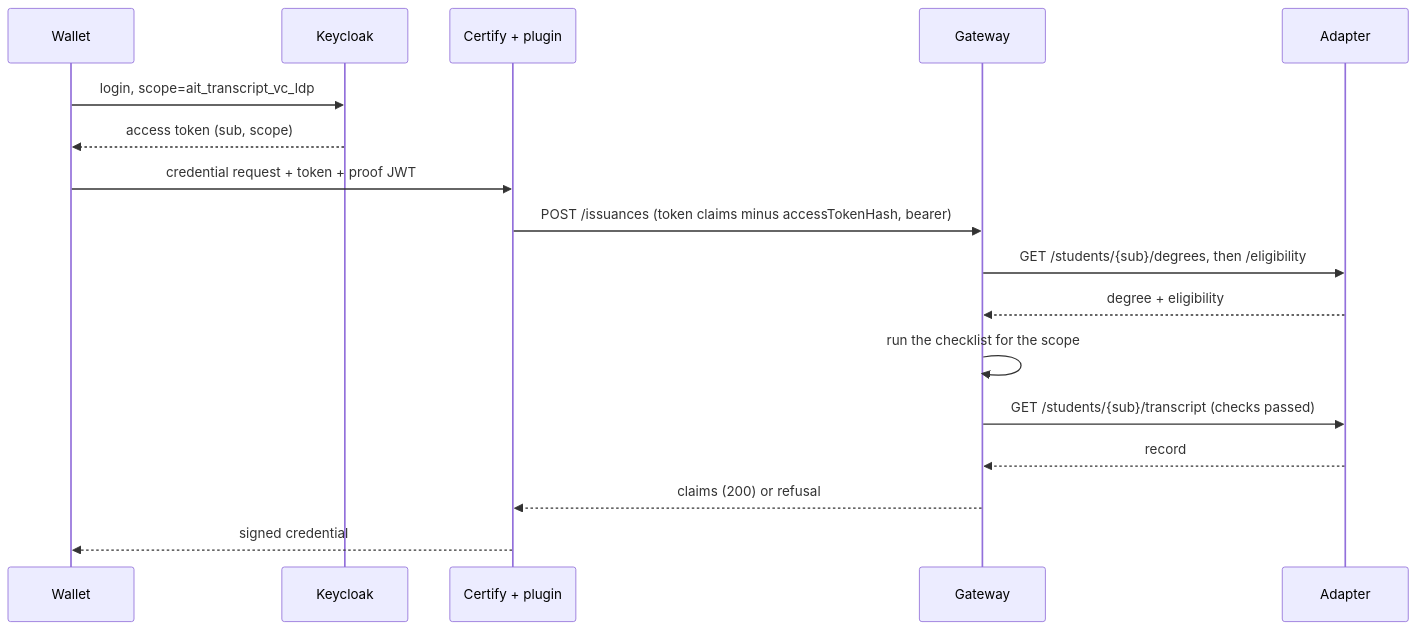
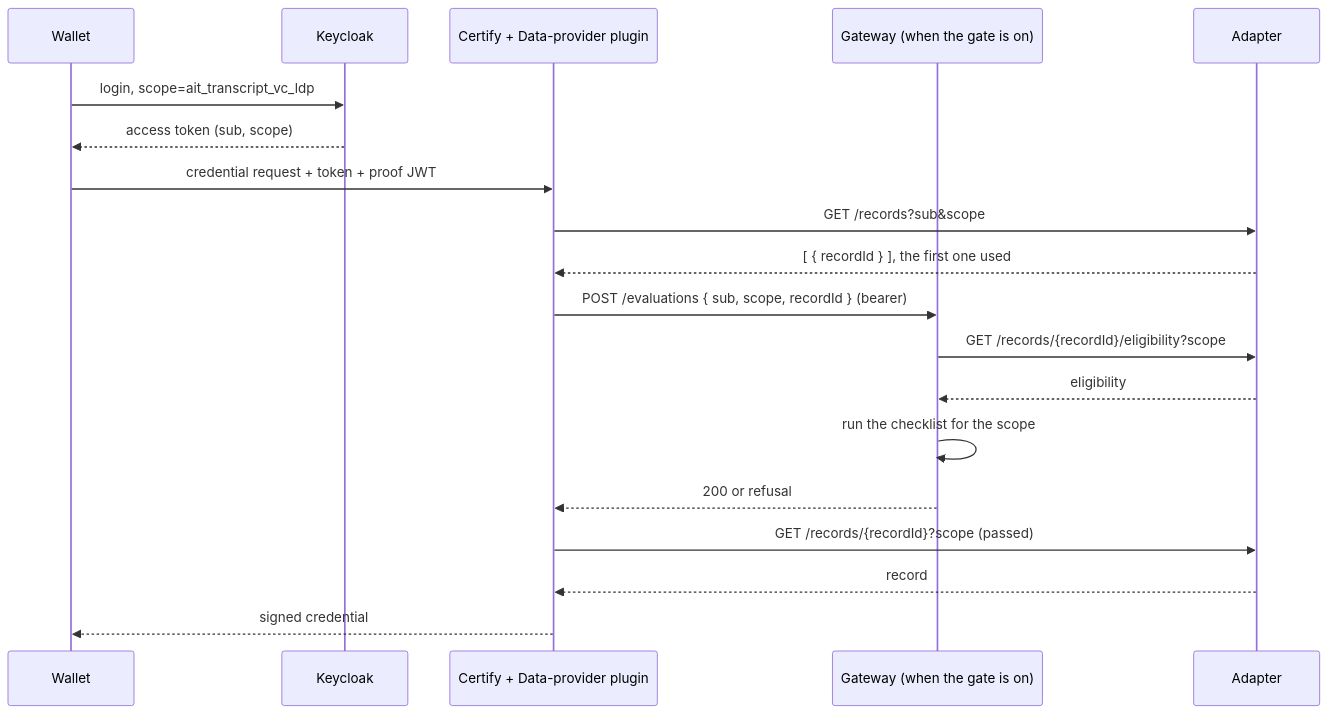
Before and after one commit to mosip-asia/ait-transcript: the diagram in wiki/concepts/credential-request.md, drawn with Mermaid. The commit also changed other lines of this file and 17 other files, not shown here.

````diff
--- a/wiki/concepts/credential-request.md
+++ b/wiki/concepts/credential-request.md
@@ -53,19 +53,21 @@
 ```mermaid
 sequenceDiagram
     participant W as Wallet
     participant K as Keycloak
-    participant C as Certify + plugin
-    participant G as Gateway
+    participant C as Certify + Data-provider plugin
+    participant G as Gateway (when the gate is on)
     participant A as Adapter
     W->>K: login, scope=ait_transcript_vc_ldp
     K-->>W: access token (sub, scope)
     W->>C: credential request + token + proof JWT
-    C->>G: POST /issuances (token claims minus accessTokenHash, bearer)
-    G->>A: GET /students/{sub}/degrees, then /eligibility
-    A-->>G: degree + eligibility
+    C->>A: GET /records?sub&scope
+    A-->>C: [ { recordId } ], the first one used
+    C->>G: POST /evaluations { sub, scope, recordId } (bearer)
+    G->>A: GET /records/{recordId}/eligibility?scope
+    A-->>G: eligibility
     G->>G: run the checklist for the scope
-    G->>A: GET /students/{sub}/transcript (checks passed)
-    A-->>G: record
-    G-->>C: claims (200) or refusal
+    G-->>C: 200 or refusal
+    C->>A: GET /records/{recordId}?scope (passed)
+    A-->>C: record
     C-->>W: signed credential
 ```
````
